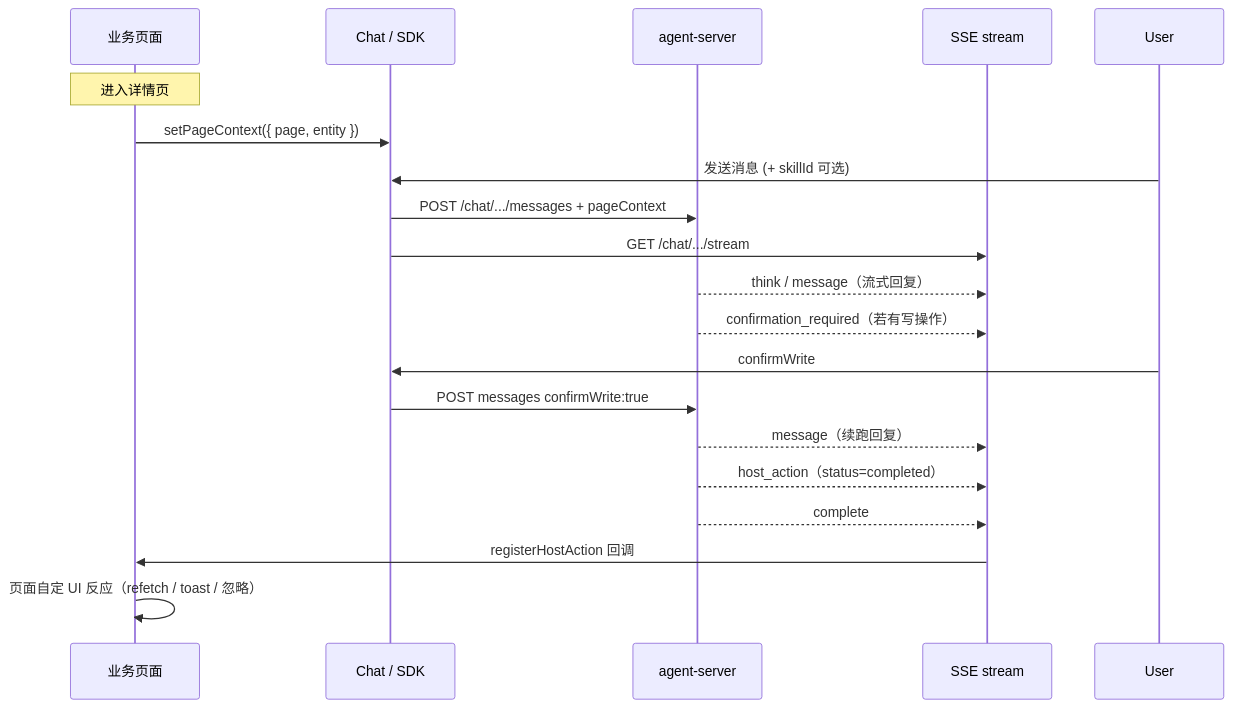
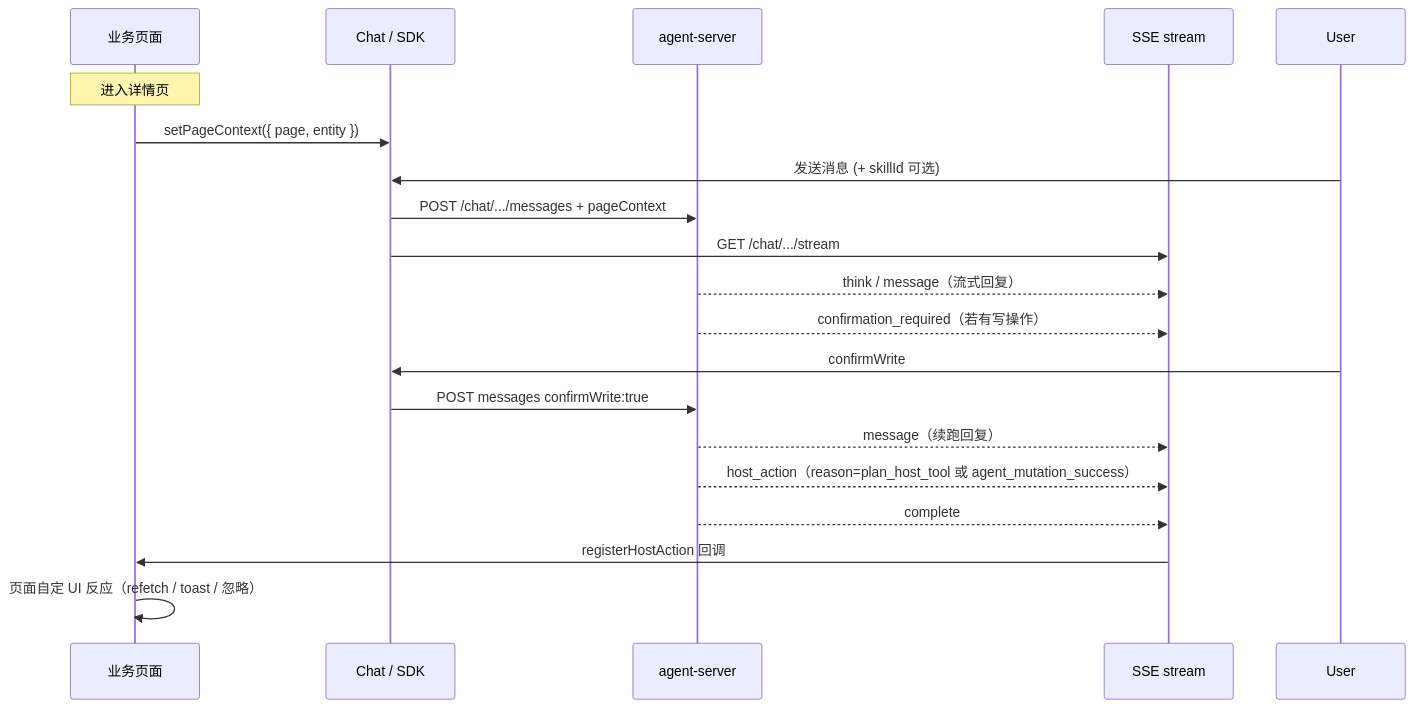
One commit to cly-dev/ai-agent changed the diagram in docs/host-page-context-host-action-frontend.md. Above: the diagram before and after it, drawn with Mermaid. The commit also changed other lines of this file and 240 other files, not shown here.

````diff
--- a/docs/host-page-context-host-action-frontend.md
+++ b/docs/host-page-context-host-action-frontend.md
@@ -18,25 +19,25 @@
 ```mermaid
 sequenceDiagram
   participant Page as 业务页面
   participant Chat as Chat / SDK
   participant API as agent-server
   participant SSE as SSE stream
 
   Note over Page: 进入详情页
   Page->>Chat: setPageContext({ page, entity })
 
   User->>Chat: 发送消息 (+ skillId 可选)
   Chat->>API: POST /chat/.../messages + pageContext
   Chat->>SSE: GET /chat/.../stream
 
   API-->>SSE: think / message（流式回复）
   API-->>SSE: confirmation_required（若有写操作）
   User->>Chat: confirmWrite
   Chat->>API: POST messages confirmWrite:true
 
   API-->>SSE: message（续跑回复）
-  API-->>SSE: host_action（status=completed）
+  API-->>SSE: host_action（reason=plan_host_tool 或 agent_mutation_success）
   API-->>SSE: complete
   SSE->>Page: registerHostAction 回调
   Page->>Page: 页面自定 UI 反应（refetch / toast / 忽略）
 ```
````
